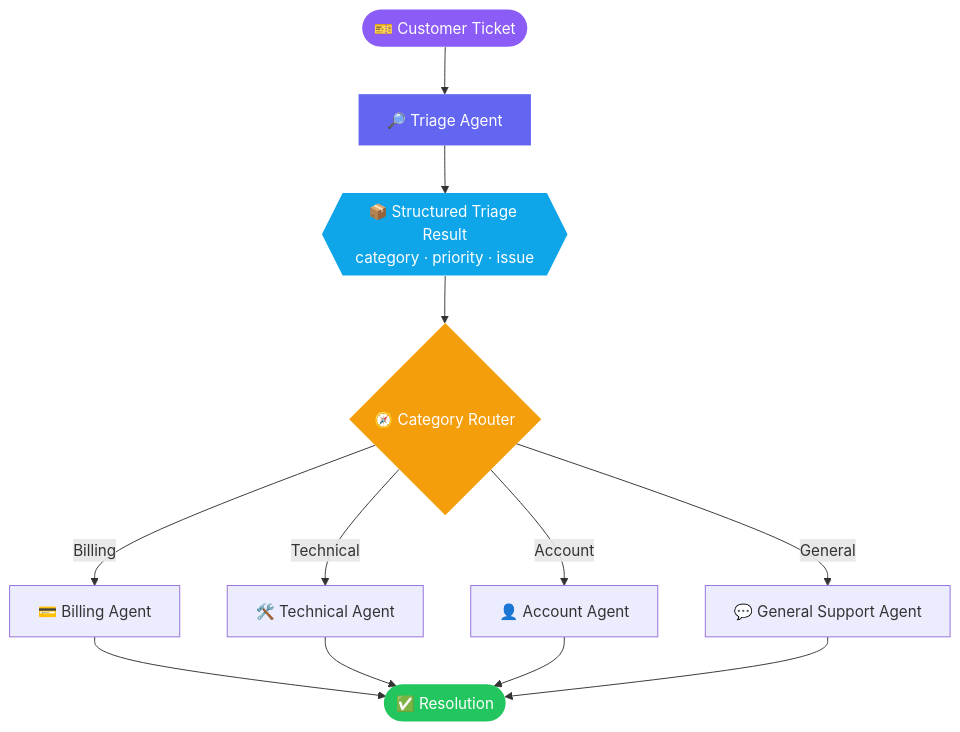
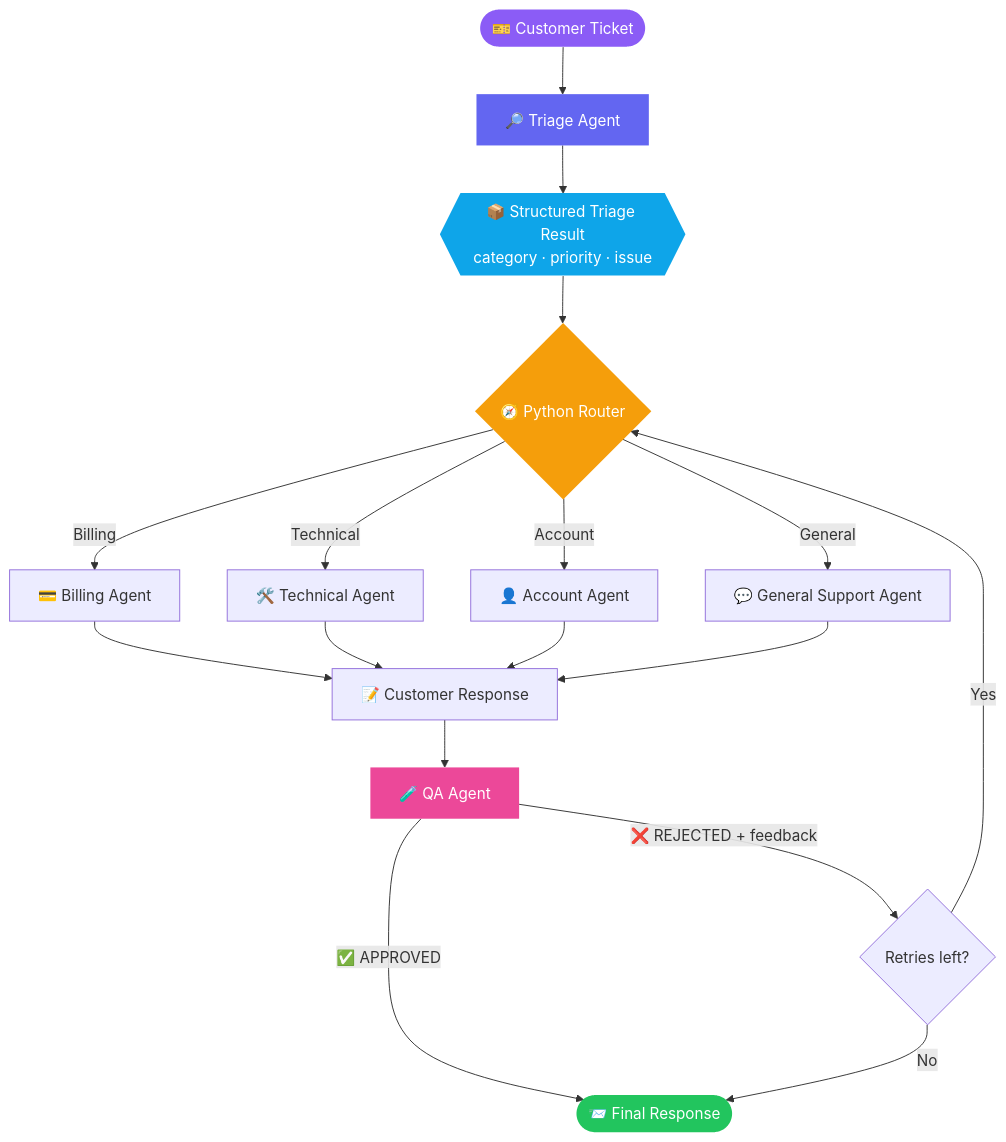
Before and after one commit to Mahee0117/Ticket_resolver_crewai: the first of 4 diagrams in README.md, drawn with Mermaid. The commit also changed other lines of this file, not shown here.

Commit message:
v2: add QA agent, feedback retry loop, local Ollama

````diff
--- a/README.md
+++ b/README.md
@@ -48,20 +77,26 @@
 ```mermaid
 flowchart TD
     A([🎫 Customer Ticket]) --> B[🔎 Triage Agent]
     B --> C{{📦 Structured Triage Result<br/>category · priority · issue}}
-    C --> D{🧭 Category Router}
+    C --> D{🧭 Python Router}
     D -->|Billing| E[💳 Billing Agent]
     D -->|Technical| F[🛠️ Technical Agent]
     D -->|Account| G[👤 Account Agent]
     D -->|General| H[💬 General Support Agent]
-    E --> I([✅ Resolution])
+    E --> I[📝 Customer Response]
     F --> I
     G --> I
     H --> I
+    I --> J[🧪 QA Agent]
+    J -->|✅ APPROVED| K([📨 Final Response])
+    J -->|❌ REJECTED + feedback| L{Retries left?}
+    L -->|Yes| D
+    L -->|No| K
 
     style A fill:#8b5cf6,color:#fff,stroke:none
     style B fill:#6366f1,color:#fff,stroke:none
     style C fill:#0ea5e9,color:#fff,stroke:none
     style D fill:#f59e0b,color:#fff,stroke:none
-    style I fill:#22c55e,color:#fff,stroke:none
+    style J fill:#ec4899,color:#fff,stroke:none
+    style K fill:#22c55e,color:#fff,stroke:none
 ```
````
